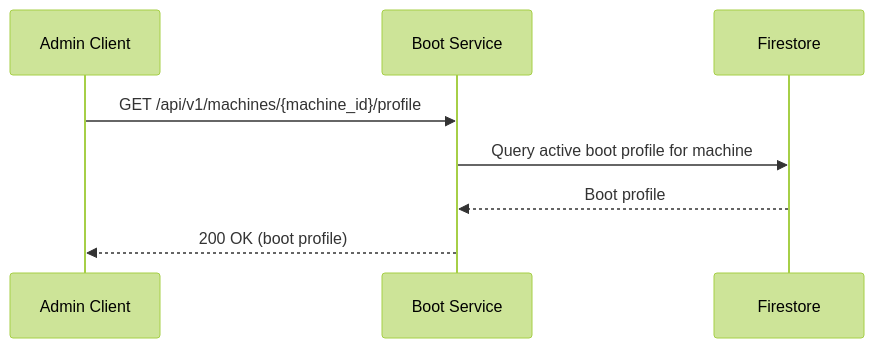
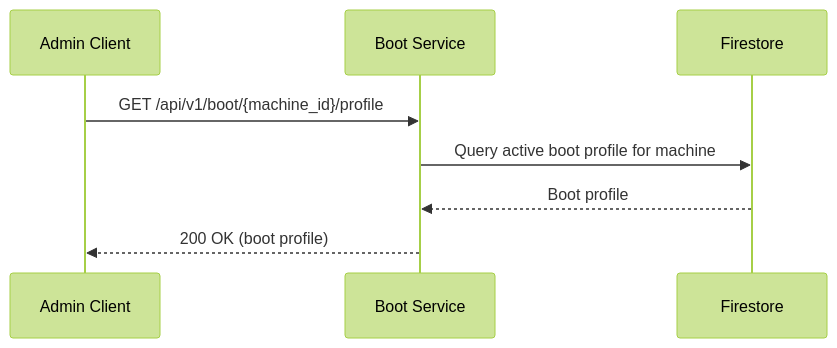
The second of 4 diagrams in docs/content/r&d/services/boot/admin-api.md (Zaba505/infra), drawn with Mermaid (forest theme) before and after one commit. The commit also changed other lines of this file, not shown here.

````diff
--- a/docs/content/r&d/services/boot/admin-api.md
+++ b/docs/content/r&d/services/boot/admin-api.md
@@ -140,11 +140,11 @@
 ```mermaid
 sequenceDiagram
     participant Client as Admin Client
     participant Boot as Boot Service
     participant DB as Firestore
     
-    Client->>Boot: GET /api/v1/machines/{machine_id}/profile
+    Client->>Boot: GET /api/v1/boot/{machine_id}/profile
     Boot->>DB: Query active boot profile for machine
     DB-->>Boot: Boot profile
     Boot-->>Client: 200 OK (boot profile)
 ```
````
